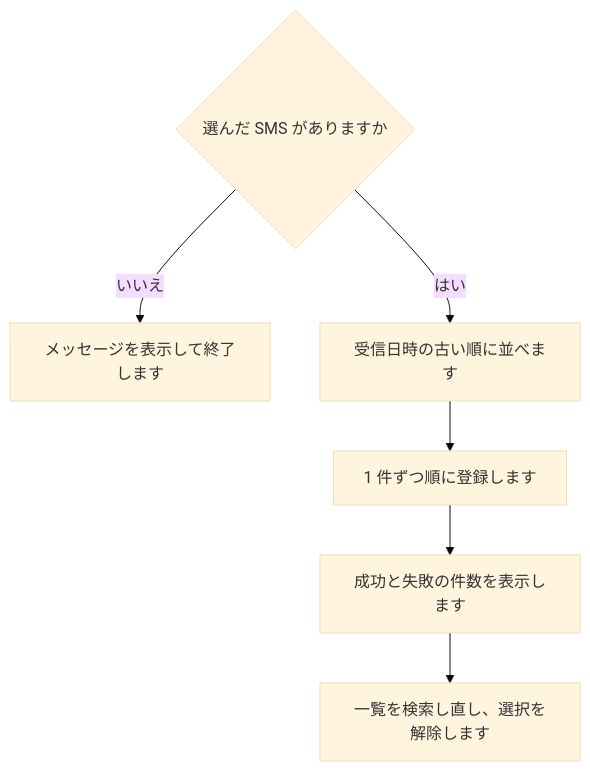
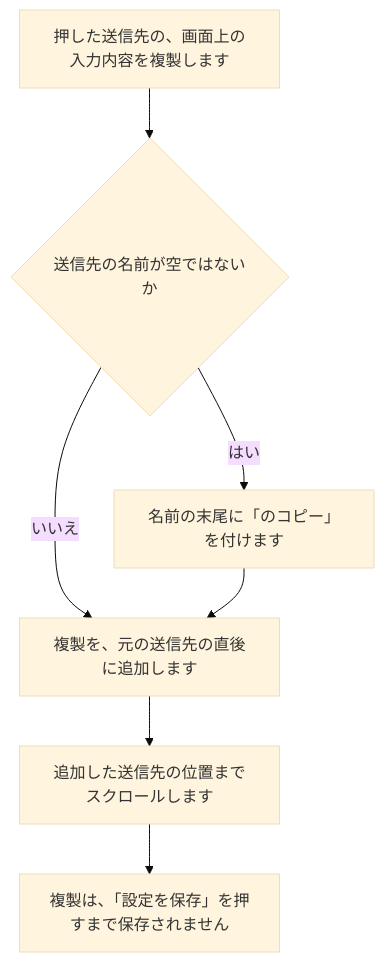
The seventh of 33 diagrams in tool/smstokintone/doc/02_設計/処理フロー.md (nishida2073/project_management), drawn with Mermaid (base theme) before and after one commit. The commit also changed other lines of this file and 5 other files, not shown here.

````diff
--- a/tool/smstokintone/doc/02_設計/処理フロー.md
+++ b/tool/smstokintone/doc/02_設計/処理フロー.md
@@ -83,8 +122,9 @@
 ```mermaid
 flowchart TD
-  A{選んだ SMS がありますか} -- いいえ --> B[メッセージを表示して終了します]
-  A -- はい --> C[受信日時の古い順に並べます]
-  C --> D[1 件ずつ順に登録します]
-  D --> E[成功と失敗の件数を表示します]
-  E --> F[一覧を検索し直し、選択を解除します]
+  A["押した送信先の、画面上の入力内容を複製します"] --> B{"送信先の名前が空ではないか"}
+  B -- はい --> C["名前の末尾に「のコピー」を付けます"]
+  B -- いいえ --> D["複製を、元の送信先の直後に追加します"]
+  C --> D
+  D --> E["追加した送信先の位置までスクロールします"]
+  E --> F["複製は、「設定を保存」を押すまで保存されません"]
 ```
````
